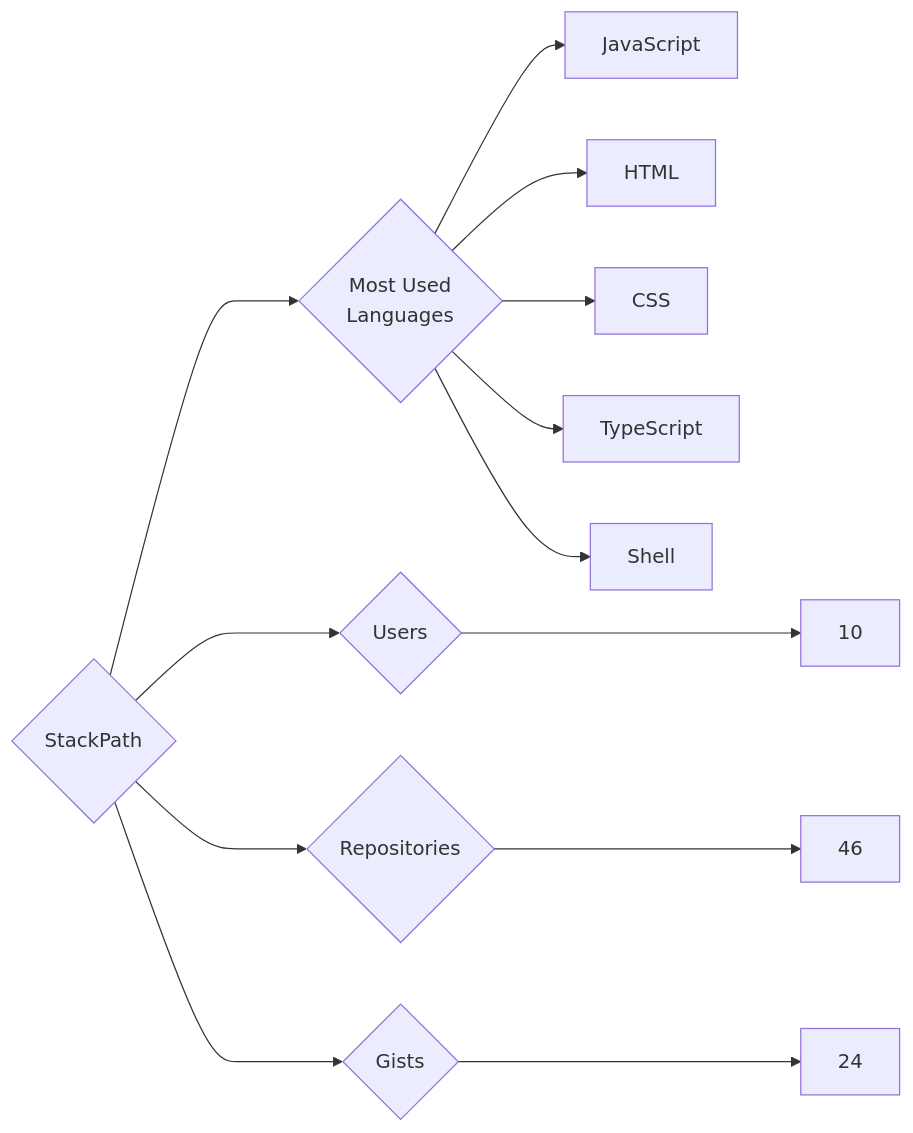
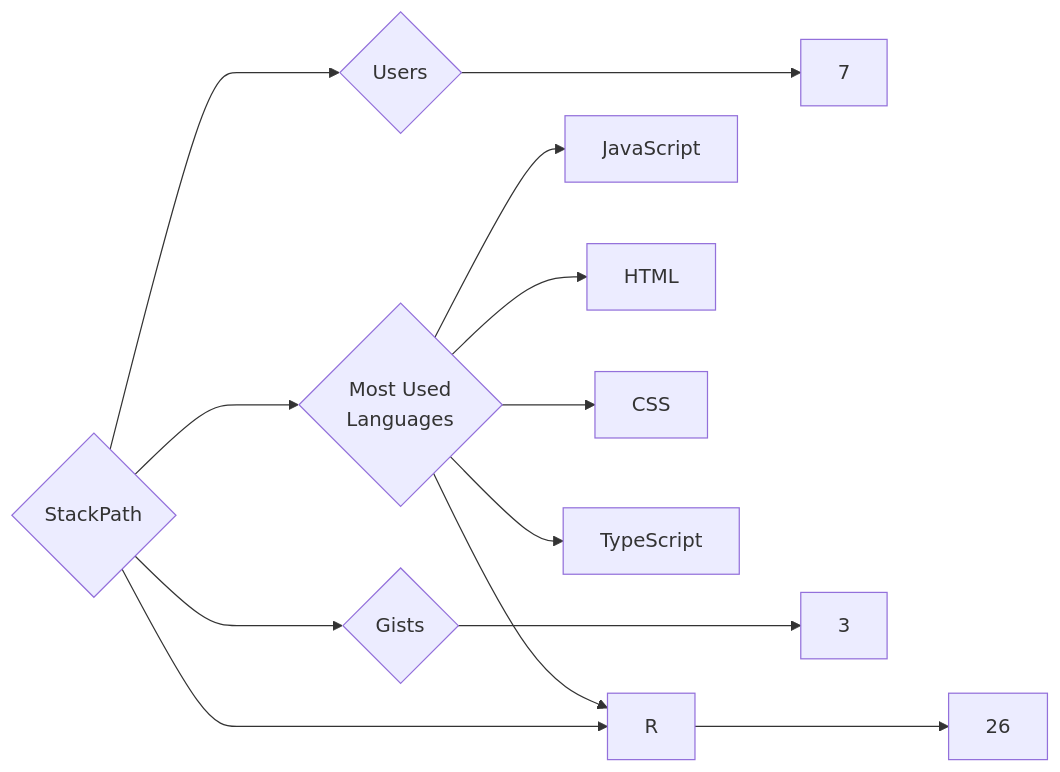
One commit to trickest/insiders changed the diagram in targets/StackPath/README.md. Above: the diagram before and after it, drawn with Mermaid. The commit also changed 1508 other files, not shown here.

````diff
--- a/targets/StackPath/README.md
+++ b/targets/StackPath/README.md
@@ -3,13 +3,13 @@
 ```mermaid
 graph LR
 COMPANY_NAME{StackPath}
-COMPANY_NAME ---> U{Users} ---> UN[10]
-COMPANY_NAME ---> R{Repositories} ---> RN[46]
-COMPANY_NAME ---> G{Gists} ---> GN[24]
+COMPANY_NAME ---> U{Users} ---> UN[7]
+COMPANY_NAME ---> R{Repositories} ---> RN[26]
+COMPANY_NAME ---> G{Gists} ---> GN[3]
 COMPANY_NAME ---> ML{Most Used<br>Languages}
 ML --> JavaScript[JavaScript]
 ML --> HTML[HTML]
 ML --> CSS[CSS]
 ML --> TypeScript[TypeScript]
-ML --> Shell[Shell]
+ML --> R[R]
 ```
````
